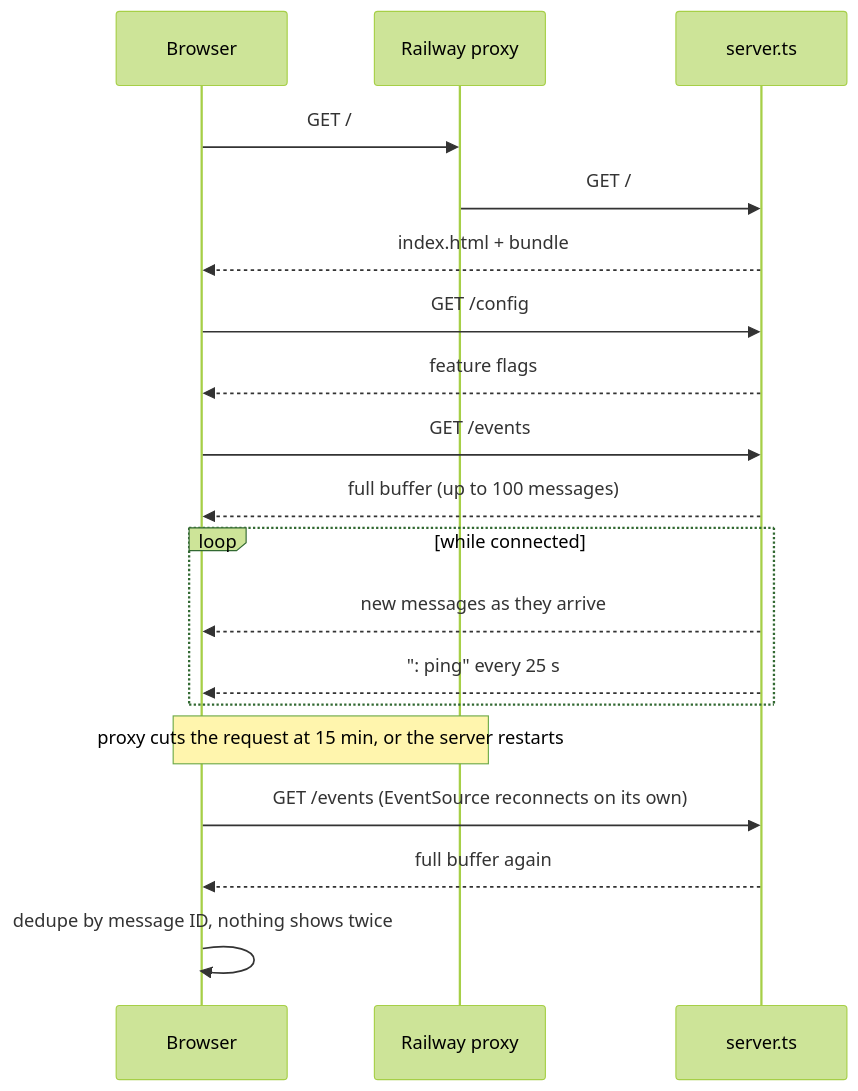
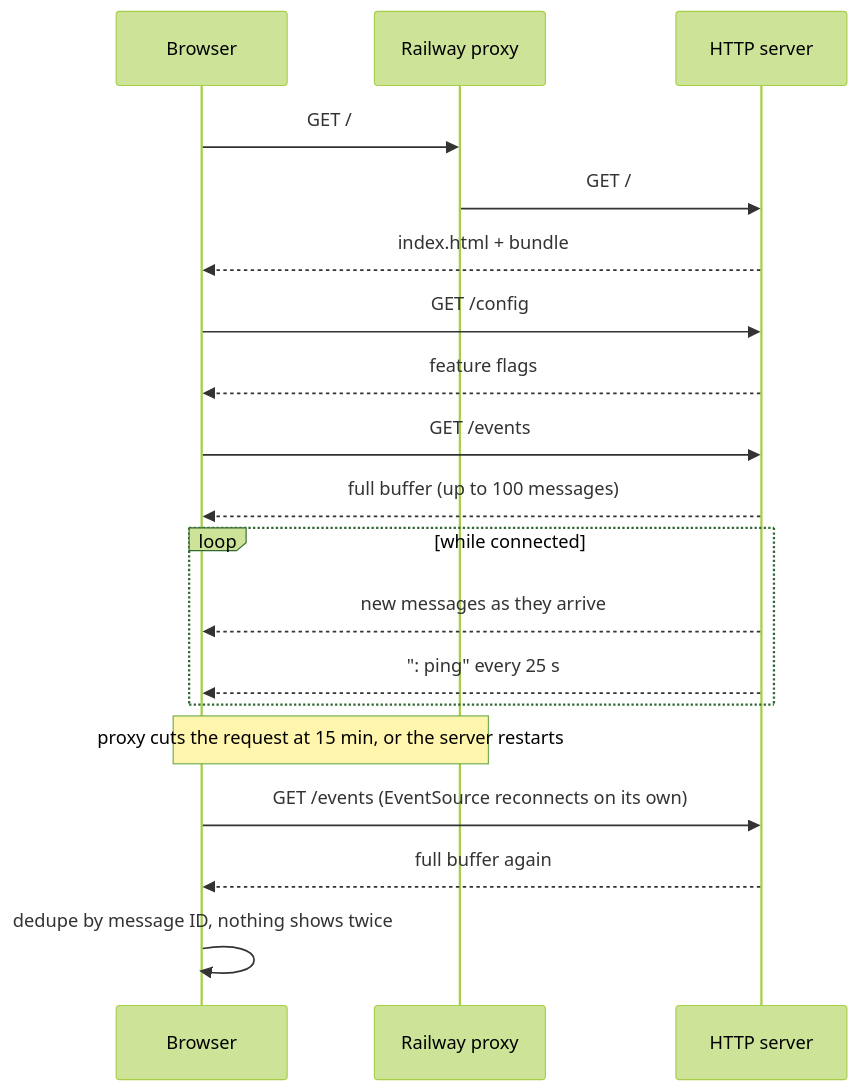
Before and after one commit to AmitKulkarni23/discord-relay: the fourth of 5 diagrams in docs/system-specs/architecture.md, drawn with Mermaid (forest theme). The commit also changed other lines of this file and 3 other files, not shown here.

Commit message:
Move the Discord bot to backend/sources and wire dependencies in server.ts. Diagrams use component names instead of filenames.

````diff
--- a/docs/system-specs/architecture.md
+++ b/docs/system-specs/architecture.md
@@ -78,21 +84,21 @@
 ```mermaid
 sequenceDiagram
   participant W as Browser
   participant P as Railway proxy
-  participant S as server.ts
+  participant S as HTTP server
   W->>P: GET /
   P->>S: GET /
   S-->>W: index.html + bundle
   W->>S: GET /config
   S-->>W: feature flags
   W->>S: GET /events
   S-->>W: full buffer (up to 100 messages)
   loop while connected
     S-->>W: new messages as they arrive
     S-->>W: ": ping" every 25 s
   end
   Note over P,W: proxy cuts the request at 15 min, or the server restarts
   W->>S: GET /events (EventSource reconnects on its own)
   S-->>W: full buffer again
   W->>W: dedupe by message ID, nothing shows twice
 ```
````
